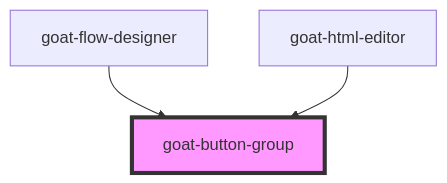
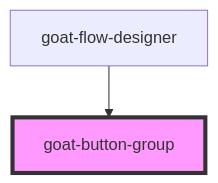
Before and after one commit to goatui/components: the diagram in src/components/button-group/readme.md, drawn with Mermaid. The commit also changed other lines of this file and 33 other files, not shown here.

First line of the commit message:
59 html editor (#67)

````diff
--- a/src/components/button-group/readme.md
+++ b/src/components/button-group/readme.md
@@ -16,6 +15,5 @@
 ```mermaid
 graph TD;
   goat-flow-designer --> goat-button-group
-  goat-html-editor --> goat-button-group
   style goat-button-group fill:#f9f,stroke:#333,stroke-width:4px
 ```
````
